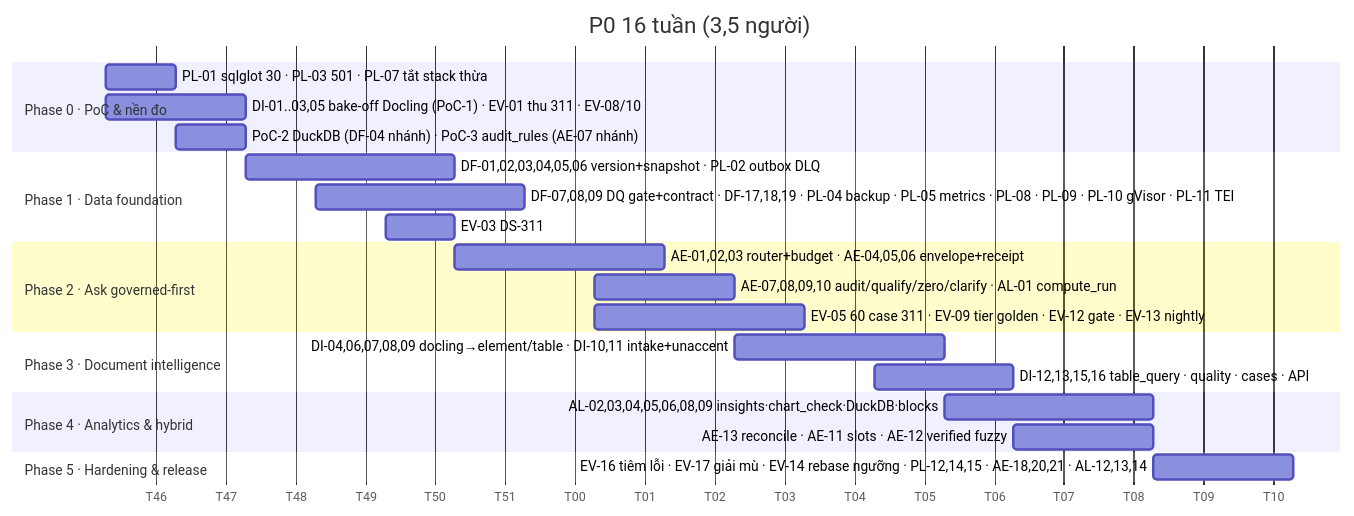
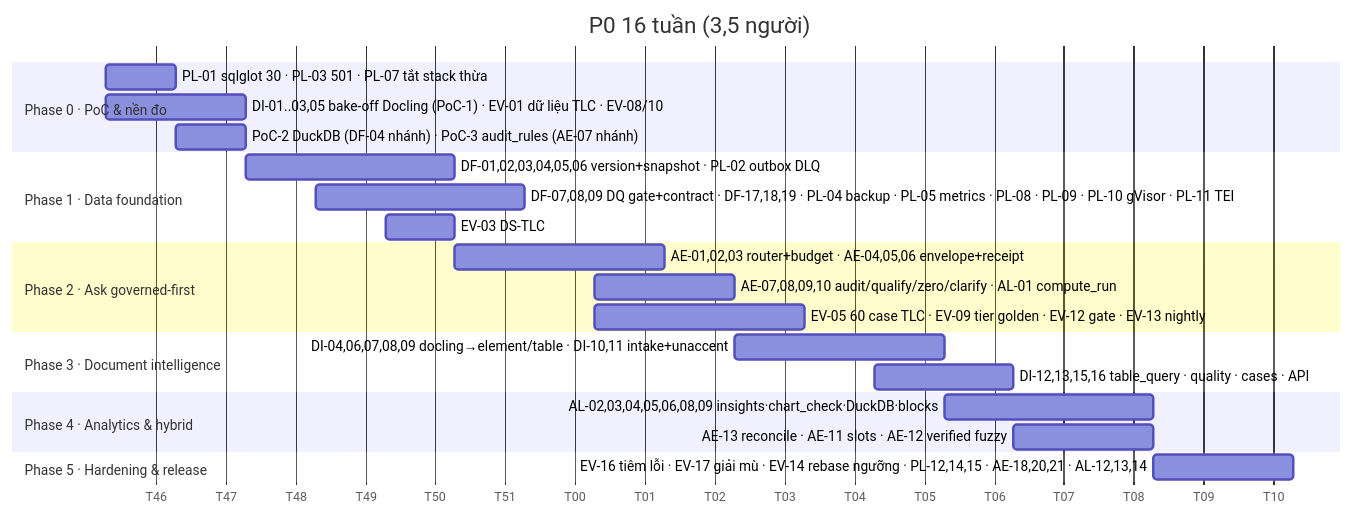
One commit to affkjuhyt/Data-Agent changed the first of 2 diagrams in docs/blueprint/IMPLEMENTATION_BACKLOG.md. Above: the diagram before and after it, drawn with Mermaid. The commit also changed other lines of this file and 10 other files, not shown here.

````diff
--- a/docs/blueprint/IMPLEMENTATION_BACKLOG.md
+++ b/docs/blueprint/IMPLEMENTATION_BACKLOG.md
@@ -31,26 +31,26 @@
 ```mermaid
 gantt
   title P0 16 tuần (3,5 người)
   dateFormat  YYYY-MM-DD
   axisFormat  T%W
   section Phase 0 · PoC & nền đo
   PL-01 sqlglot 30 · PL-03 501 · PL-07 tắt stack thừa         :p0a, 2026-11-17, 7d
-  DI-01..03,05 bake-off Docling (PoC-1) · EV-01 thu 311 · EV-08/10 :p0b, 2026-11-17, 14d
+  DI-01..03,05 bake-off Docling (PoC-1) · EV-01 dữ liệu TLC · EV-08/10 :p0b, 2026-11-17, 14d
   PoC-2 DuckDB (DF-04 nhánh) · PoC-3 audit_rules (AE-07 nhánh) :p0c, 2026-11-24, 7d
   section Phase 1 · Data foundation
   DF-01,02,03,04,05,06 version+snapshot · PL-02 outbox DLQ     :p1a, 2026-12-01, 21d
   DF-07,08,09 DQ gate+contract · DF-17,18,19 · PL-04 backup · PL-05 metrics · PL-08 · PL-09 · PL-10 gVisor · PL-11 TEI :p1b, 2026-12-08, 21d
-  EV-03 DS-311                                                   :p1c, 2026-12-15, 7d
+  EV-03 DS-TLC                                                   :p1c, 2026-12-15, 7d
   section Phase 2 · Ask governed-first
   AE-01,02,03 router+budget · AE-04,05,06 envelope+receipt       :p2a, 2026-12-22, 21d
   AE-07,08,09,10 audit/qualify/zero/clarify · AL-01 compute_run  :p2b, 2027-01-05, 14d
-  EV-05 60 case 311 · EV-09 tier golden · EV-12 gate · EV-13 nightly :p2c, 2027-01-05, 21d
+  EV-05 60 case TLC · EV-09 tier golden · EV-12 gate · EV-13 nightly :p2c, 2027-01-05, 21d
   section Phase 3 · Document intelligence
   DI-04,06,07,08,09 docling→element/table · DI-10,11 intake+unaccent :p3a, 2027-01-19, 21d
   DI-12,13,15,16 table_query · quality · cases · API            :p3b, 2027-02-02, 14d
   section Phase 4 · Analytics & hybrid
   AL-02,03,04,05,06,08,09 insights·chart_check·DuckDB·blocks    :p4a, 2027-02-09, 21d
   AE-13 reconcile · AE-11 slots · AE-12 verified fuzzy          :p4b, 2027-02-16, 14d
   section Phase 5 · Hardening & release
   EV-16 tiêm lỗi · EV-17 giải mù · EV-14 rebase ngưỡng · PL-12,14,15 · AE-18,20,21 · AL-12,13,14 :p5, 2027-03-02, 14d
 ```
````
